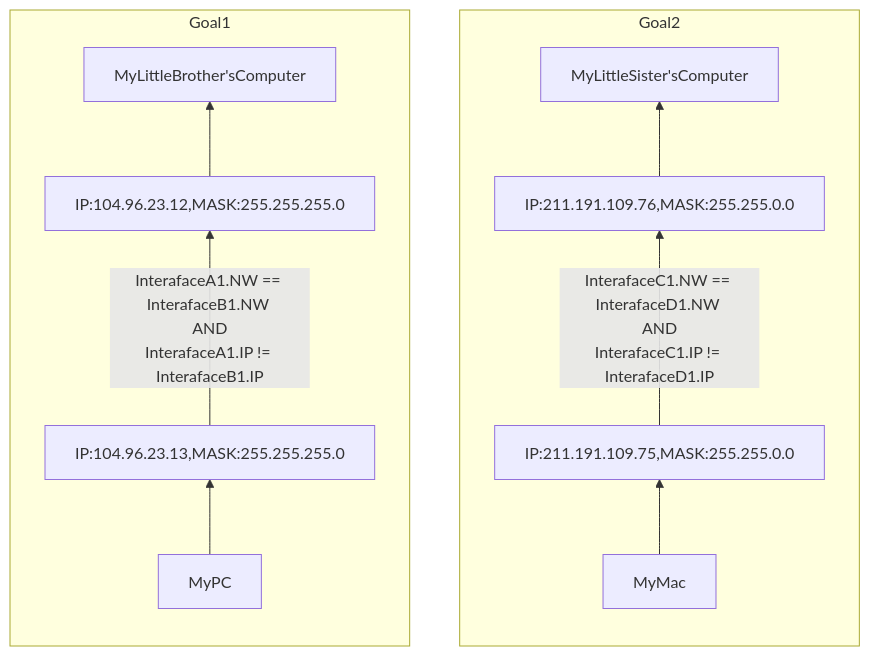
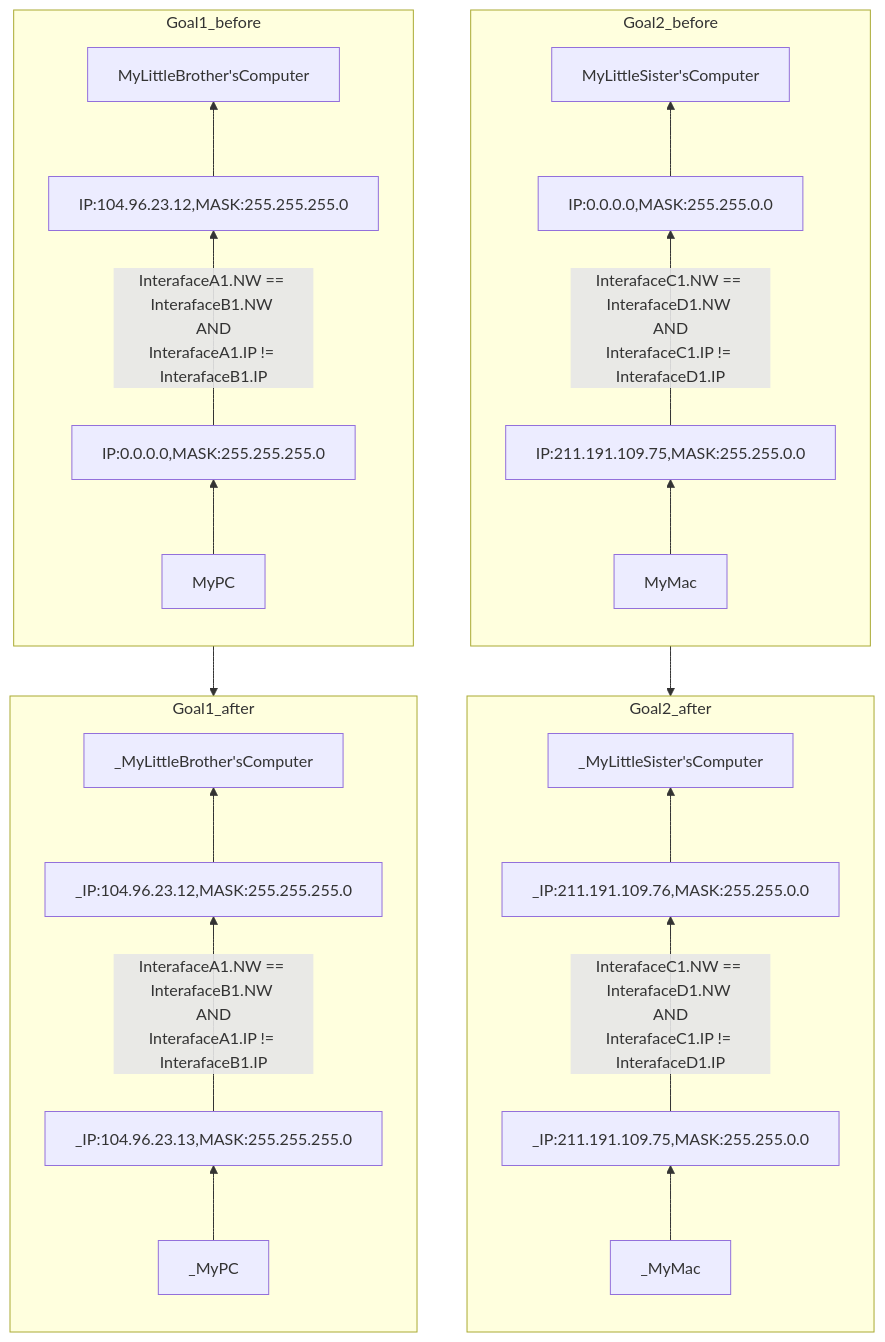
Before and after one commit to rikeda-cloud/net_practice: the second of 2 diagrams in level1.md, drawn with Mermaid. The commit also changed 2 other files, not shown here.

Commit message:
exampleを追加

````diff
--- a/level1.md
+++ b/level1.md
@@ -24,11 +24,27 @@
 ```mermaid
 flowchart
-subgraph Goal2
+
+Goal2_before-->Goal2_after
+subgraph Goal2_before
     direction BT
-    MyMac-->IP:211.191.109.75,MASK:255.255.0.0-- InterafaceC1.NW == InterafaceD1.NW <br>AND<br>InterafaceC1.IP != InterafaceD1.IP-->IP:211.191.109.76,MASK:255.255.0.0-->MyLittleSister'sComputer
+    MyMac-->IP:211.191.109.75,MASK:255.255.0.0-- InterafaceC1.NW == InterafaceD1.NW <br>AND<br>InterafaceC1.IP != InterafaceD1.IP-->IP:0.0.0.0,MASK:255.255.0.0-->MyLittleSister'sComputer
 end
-subgraph Goal1
+
+subgraph Goal2_after
     direction BT
-    MyPC-->IP:104.96.23.13,MASK:255.255.255.0-- InterafaceA1.NW == InterafaceB1.NW <br>AND<br>InterafaceA1.IP != InterafaceB1.IP-->IP:104.96.23.12,MASK:255.255.255.0-->MyLittleBrother'sComputer
+    _MyMac-->_IP:211.191.109.75,MASK:255.255.0.0-- InterafaceC1.NW == InterafaceD1.NW <br>AND<br>InterafaceC1.IP != InterafaceD1.IP-->_IP:211.191.109.76,MASK:255.255.0.0-->_MyLittleSister'sComputer
 end
+
+
+Goal1_before-->Goal1_after
+subgraph Goal1_before
+    direction BT
+    MyPC-->IP:0.0.0.0,MASK:255.255.255.0-- InterafaceA1.NW == InterafaceB1.NW <br>AND<br>InterafaceA1.IP != InterafaceB1.IP-->IP:104.96.23.12,MASK:255.255.255.0-->MyLittleBrother'sComputer
+end
+
+subgraph Goal1_after
+    direction BT
+    _MyPC-->_IP:104.96.23.13,MASK:255.255.255.0-- InterafaceA1.NW == InterafaceB1.NW <br>AND<br>InterafaceA1.IP != InterafaceB1.IP-->_IP:104.96.23.12,MASK:255.255.255.0-->_MyLittleBrother'sComputer
+end
+
 ```
````
